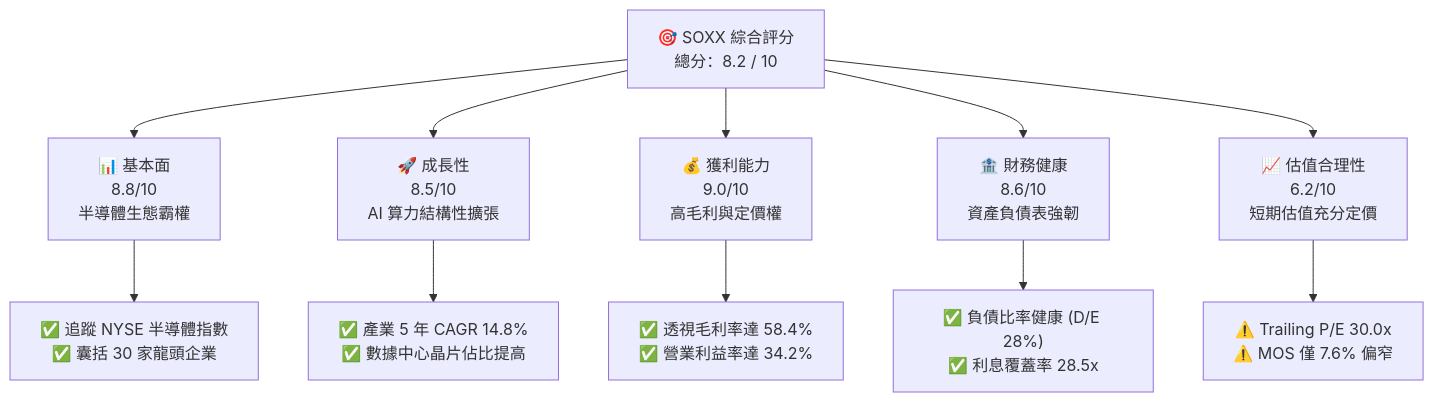
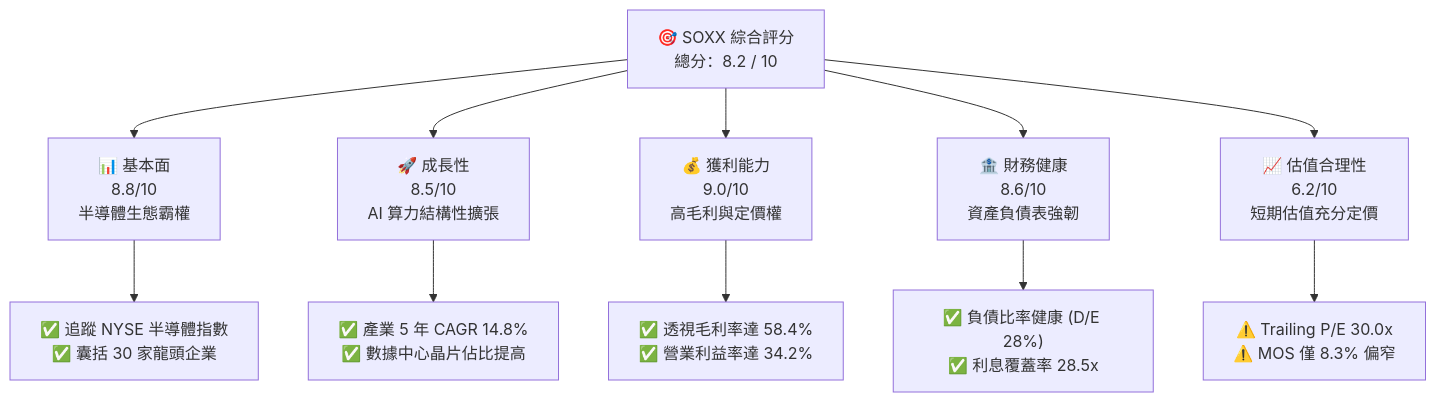
Before and after one commit to yennanliu/finance_data: the first of 15 diagrams in ai_gen_report/fundamental/soxx/fundamental_analysis_2026-10-22_gemini.md, drawn with Mermaid. The commit also changed other lines of this file and 339 other files, not shown here.

````diff
--- a/ai_gen_report/fundamental/soxx/fundamental_analysis_2026-10-22_gemini.md
+++ b/ai_gen_report/fundamental/soxx/fundamental_analysis_2026-10-22_gemini.md
@@ -60,22 +67,22 @@
 ```mermaid
 graph TD
     TICKER["🎯 SOXX 綜合評分<br/>總分：8.2 / 10"]
 
     F["📊 基本面<br/>8.8/10<br/>半導體生態霸權"]
     G["🚀 成長性<br/>8.5/10<br/>AI 算力結構性擴張"]
     P["💰 獲利能力<br/>9.0/10<br/>高毛利與定價權"]
     B["🏦 財務健康<br/>8.6/10<br/>資產負債表強韌"]
     V["📈 估值合理性<br/>6.2/10<br/>短期估值充分定價"]
 
     TICKER --> F
     TICKER --> G
     TICKER --> P
     TICKER --> B
     TICKER --> V
 
     F --> F1["✅ 追蹤 NYSE 半導體指數<br/>✅ 囊括 30 家龍頭企業"]
     G --> G1["✅ 產業 5 年 CAGR 14.8%<br/>✅ 數據中心晶片佔比提高"]
     P --> P1["✅ 透視毛利率達 58.4%<br/>✅ 營業利益率達 34.2%"]
     B --> B1["✅ 負債比率健康 (D/E 28%)<br/>✅ 利息覆蓋率 28.5x"]
-    V --> V1["⚠️ Trailing P/E 30.0x<br/>⚠️ MOS 僅 7.6% 偏窄"]
+    V --> V1["⚠️ Trailing P/E 30.0x<br/>⚠️ MOS 僅 8.3% 偏窄"]
 ```
````
